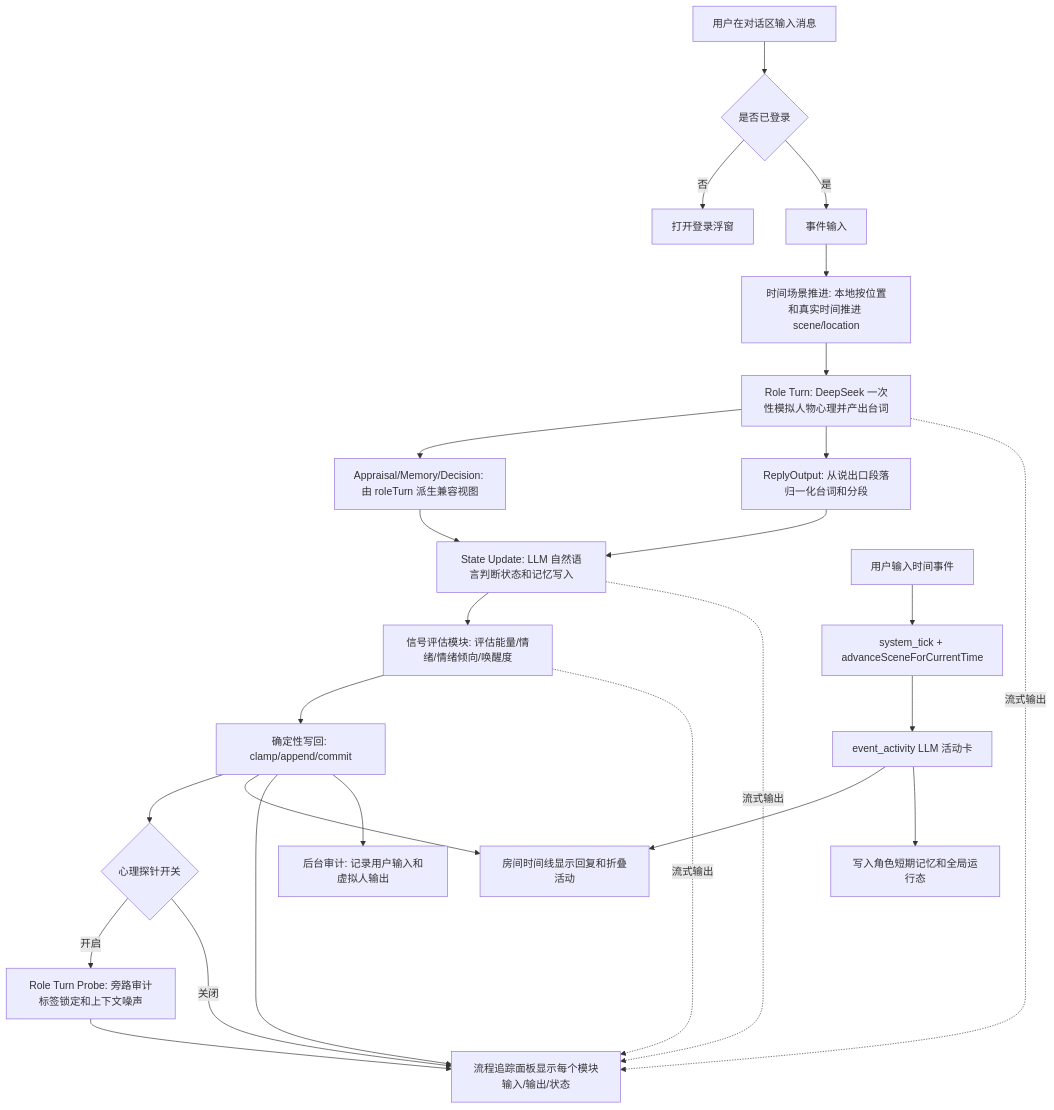
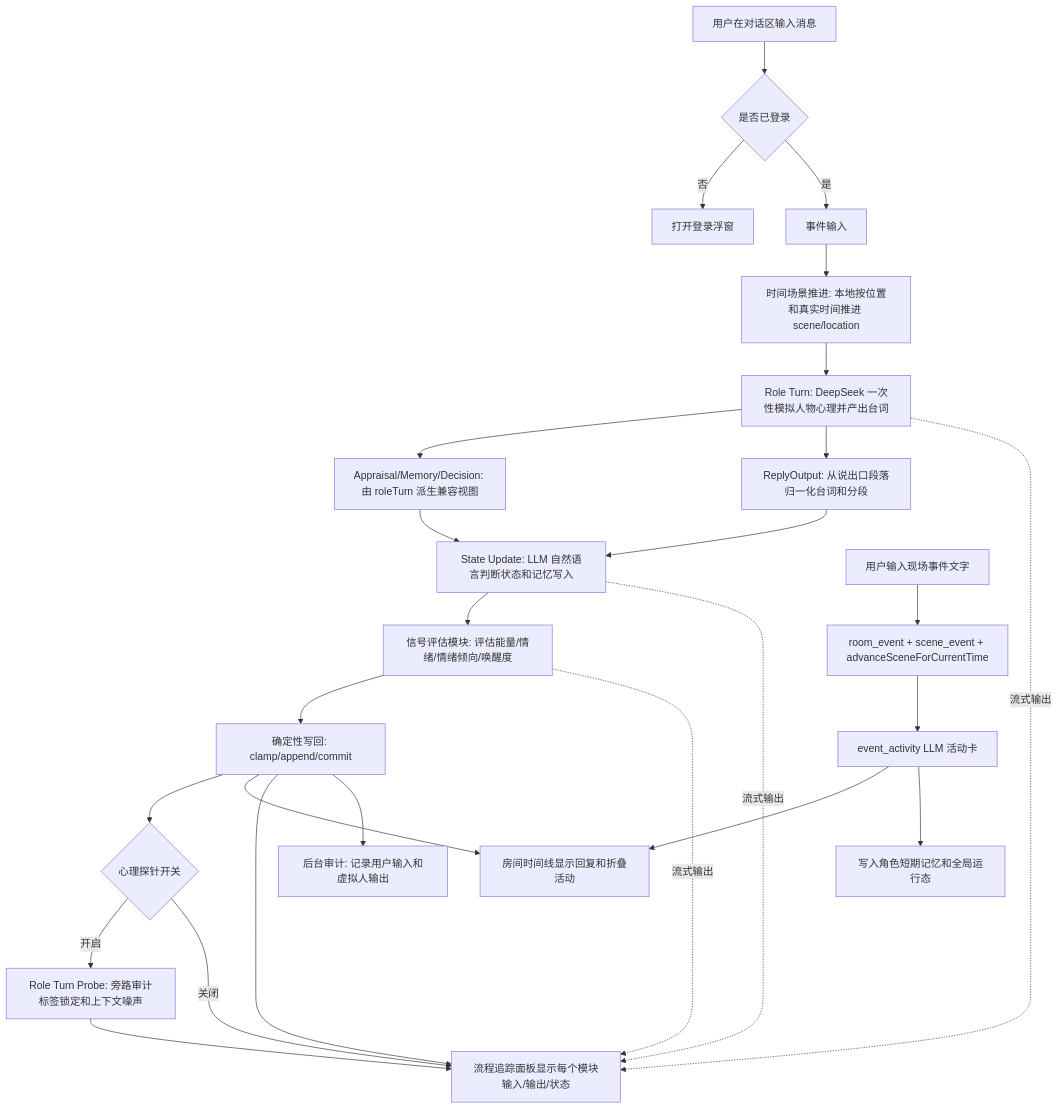
Before and after one commit to ttmanthatman/virtual-human-flow: the fourth of 32 diagrams in docs/SYSTEM_FLOW.md, drawn with Mermaid. The commit also changed other lines of this file and 22 other files, not shown here.

````diff
--- a/docs/SYSTEM_FLOW.md
+++ b/docs/SYSTEM_FLOW.md
@@ -136,28 +136,28 @@
 ```mermaid
 flowchart TD
     U[用户在对话区输入消息] --> AUTH{是否已登录}
     AUTH -- 否 --> LOGIN[打开登录浮窗]
     AUTH -- 是 --> E[事件输入]
     E --> TS[时间场景推进: 本地按位置和真实时间推进 scene/location]
     TS --> RT[Role Turn: DeepSeek 一次性模拟人物心理并产出台词]
     RT --> A[Appraisal/Memory/Decision: 由 roleTurn 派生兼容视图]
     RT --> R[ReplyOutput: 从说出口段落归一化台词和分段]
     A --> S[State Update: LLM 自然语言判断状态和记忆写入]
     R --> S
     S --> G[信号评估模块: 评估能量/情绪/情绪倾向/唤醒度]
     G --> W[确定性写回: clamp/append/commit]
     W --> P{心理探针开关}
     P -- 开启 --> PROBE[Role Turn Probe: 旁路审计标签锁定和上下文噪声]
     PROBE --> T
     P -- 关闭 --> T
     W --> C[房间时间线显示回复和折叠活动]
     W --> T[流程追踪面板显示每个模块输入/输出/状态]
     W --> AUDIT[后台审计: 记录用户输入和虚拟人输出]
     RT -. 流式输出 .-> T
     S -. 流式输出 .-> T
     G -. 流式输出 .-> T
-    E2[用户输入时间事件] --> TE[system_tick + advanceSceneForCurrentTime]
+    E2[用户输入现场事件文字] --> TE[room_event + scene_event + advanceSceneForCurrentTime]
     TE --> ACT[event_activity LLM 活动卡]
     ACT --> C
     ACT --> STATE[写入角色短期记忆和全局运行态]
 ```
````
